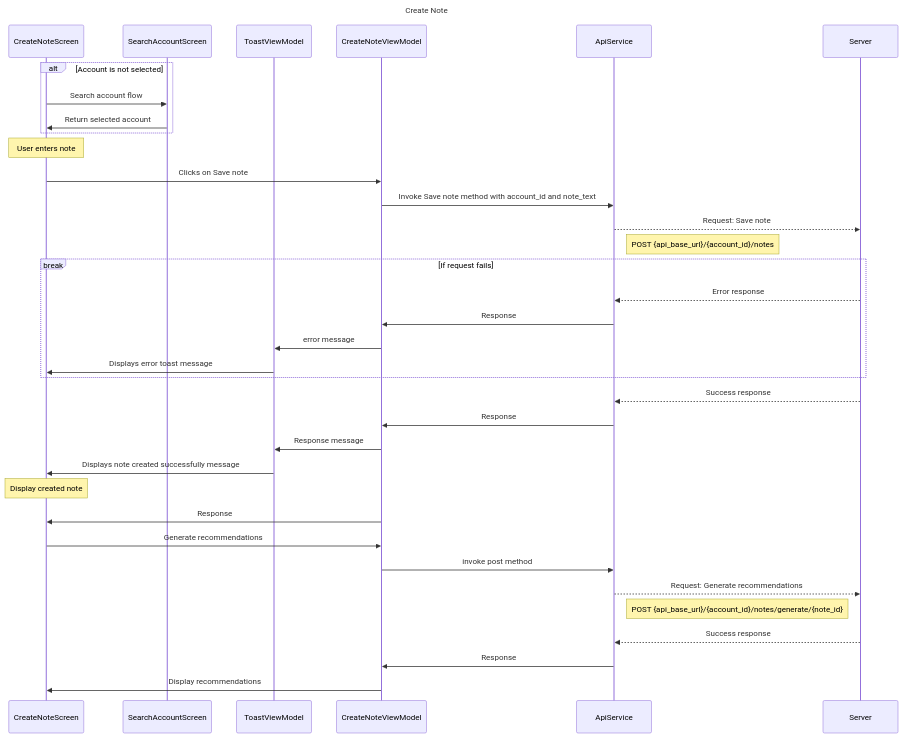
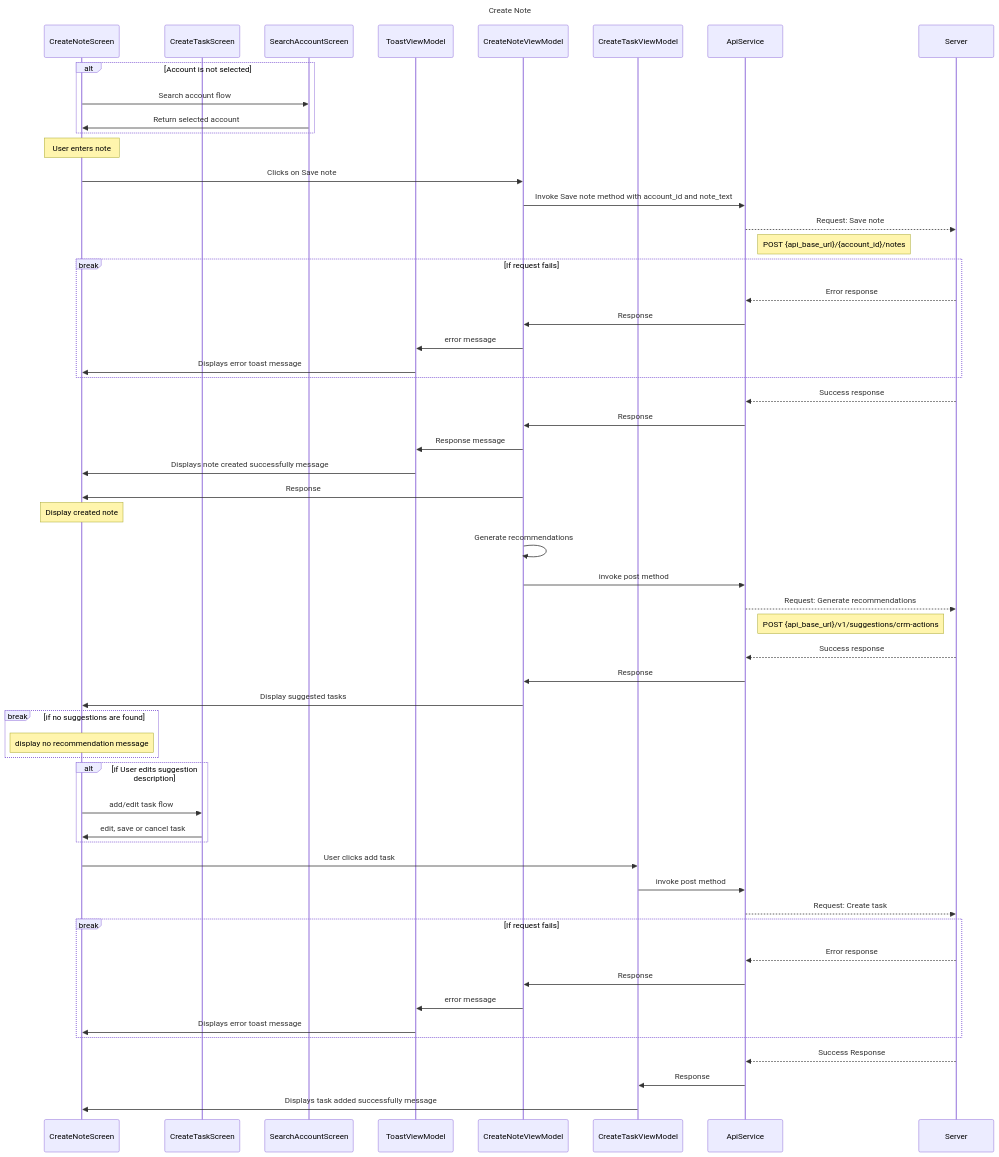
One commit to TrueSparrowSystems/AI-SalesSparrow-Docs changed the diagram in flowDiagrams/IOS/CreateNoteScreen.mermaid. Above: the diagram before and after it, drawn with Mermaid.

Commit message:
Update create note screen flow for iOS

```diff
--- a/flowDiagrams/IOS/CreateNoteScreen.mermaid
+++ b/flowDiagrams/IOS/CreateNoteScreen.mermaid
@@ -1,42 +1,68 @@
 sequenceDiagram
     title Create Note
 
     participant CNS as CreateNoteScreen
+    participant CTS as CreateTaskScreen
     participant SAS as SearchAccountScreen
     participant TVM as ToastViewModel
     participant CNVM as CreateNoteViewModel
+    participant CTVM as CreateTaskViewModel
     participant AS as ApiService
     participant S as Server
 
     alt  Account is not selected
         CNS->>SAS: Search account flow
         SAS->>CNS: Return selected account
     end
 
     note over CNS: User enters note
 
     CNS->>CNVM : Clicks on Save note
     CNVM->>AS: Invoke Save note method with account_id and note_text
     AS-->>S : Request: Save note
     note right of AS: POST {api_base_url}/{account_id}/notes
 
     break If request fails
         S-->>AS: Error response
         AS->>CNVM: Response
         CNVM->>TVM: error message
         TVM->>CNS: Displays error toast message
     end
     
     S-->>AS: Success response
     AS->>CNVM: Response
     CNVM->>TVM: Response message
     TVM->>CNS: Displays note created successfully message
+    CNVM->>CNS: Response
     note over CNS: Display created note
-    CNVM->>CNS: Response
-    CNS->>CNVM: Generate recommendations
+    CNVM->>CNVM: Generate recommendations
     CNVM->>AS: invoke post method
     AS-->>S: Request: Generate recommendations
-    note right of AS: POST {api_base_url}/{account_id}/notes/generate/{note_id}
+    note right of AS: POST {api_base_url}/v1/suggestions/crm-actions
     S-->>AS: Success response
     AS->>CNVM: Response
-    CNVM->>CNS: Display recommendations
+    CNVM->>CNS: Display suggested tasks
+
+    break if no suggestions are found
+    note over CNS: display no recommendation message
+    end
+
+    alt if User edits suggestion description
+    CNS->>CTS: add/edit task flow
+    CTS->>CNS: edit, save or cancel task
+    end
+
+    CNS->>CTVM: User clicks add task
+    CTVM->>AS: invoke post method
+    AS-->>S: Request: Create task
+
+    break If request fails
+        S-->>AS: Error response
+        AS->>CNVM: Response
+        CNVM->>TVM: error message
+        TVM->>CNS: Displays error toast message
+    end
+
+    S-->>AS: Success Response
+    AS->>CTVM: Response
+    CTVM->>CNS: Displays task added successfully message
```
